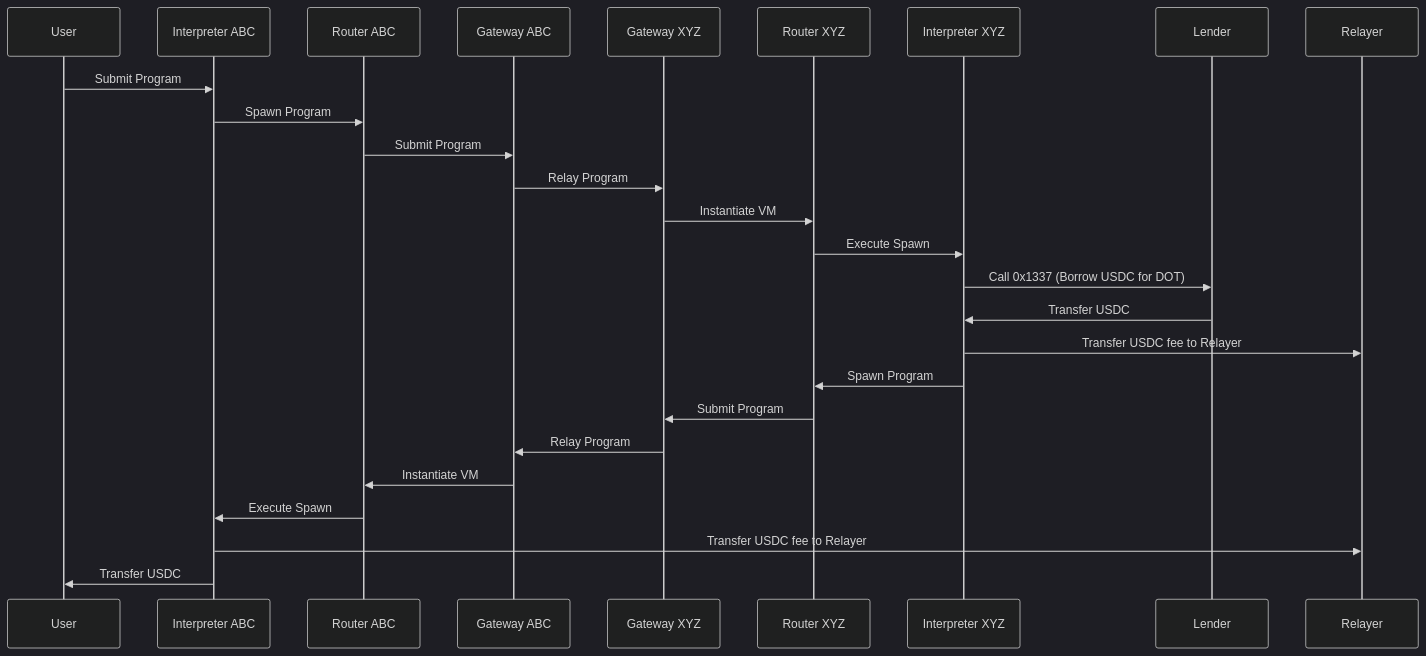
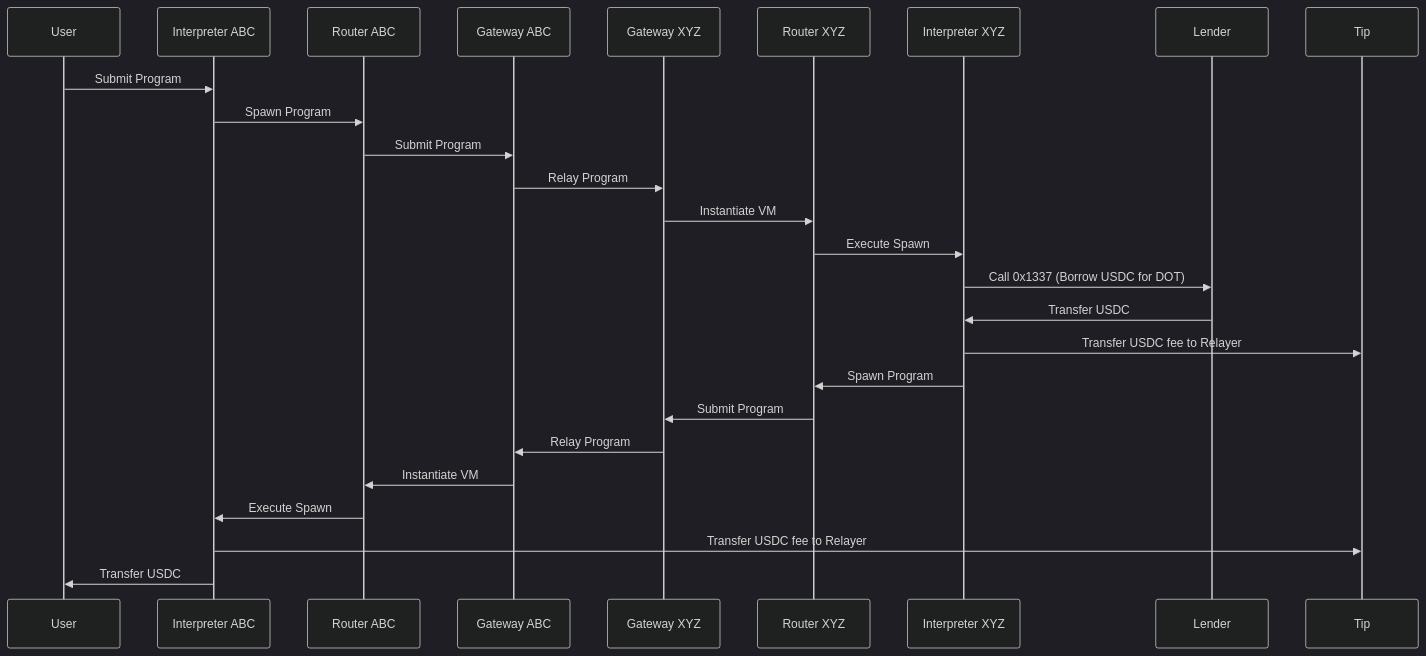
One commit to ComposableFi/composable changed the fourth of 4 diagrams in code/xcvm/SPEC.md. Above: the diagram before and after it, drawn with Mermaid (dark theme). The commit also changed other lines of this file and 7 other files, not shown here.

````diff
--- a/code/xcvm/SPEC.md
+++ b/code/xcvm/SPEC.md
@@ -649,19 +651,19 @@
 ```mermaid
 sequenceDiagram
     User->>Interpreter ABC: Submit Program
     Interpreter ABC->>Router ABC: Spawn Program
     Router ABC->>Gateway ABC: Submit Program
     Gateway ABC->>Gateway XYZ: Relay Program
     Gateway XYZ->>Router XYZ: Instantiate VM
     Router XYZ->>Interpreter XYZ: Execute Spawn
     Interpreter XYZ->>Lender: Call 0x1337 (Borrow USDC for DOT)
     Lender->>Interpreter XYZ: Transfer USDC
-    Interpreter XYZ->>Relayer: Transfer USDC fee to Relayer
+    Interpreter XYZ->>Tip: Transfer USDC fee to Relayer
     Interpreter XYZ->>Router XYZ: Spawn Program
     Router XYZ->>Gateway XYZ: Submit Program
     Gateway XYZ->>Gateway ABC: Relay Program
     Gateway ABC->>Router ABC: Instantiate VM
     Router ABC->>Interpreter ABC: Execute Spawn
-    Interpreter ABC->>Relayer: Transfer USDC fee to Relayer
+    Interpreter ABC->>Tip: Transfer USDC fee to Relayer
     Interpreter ABC->>User: Transfer USDC
 ```
````
